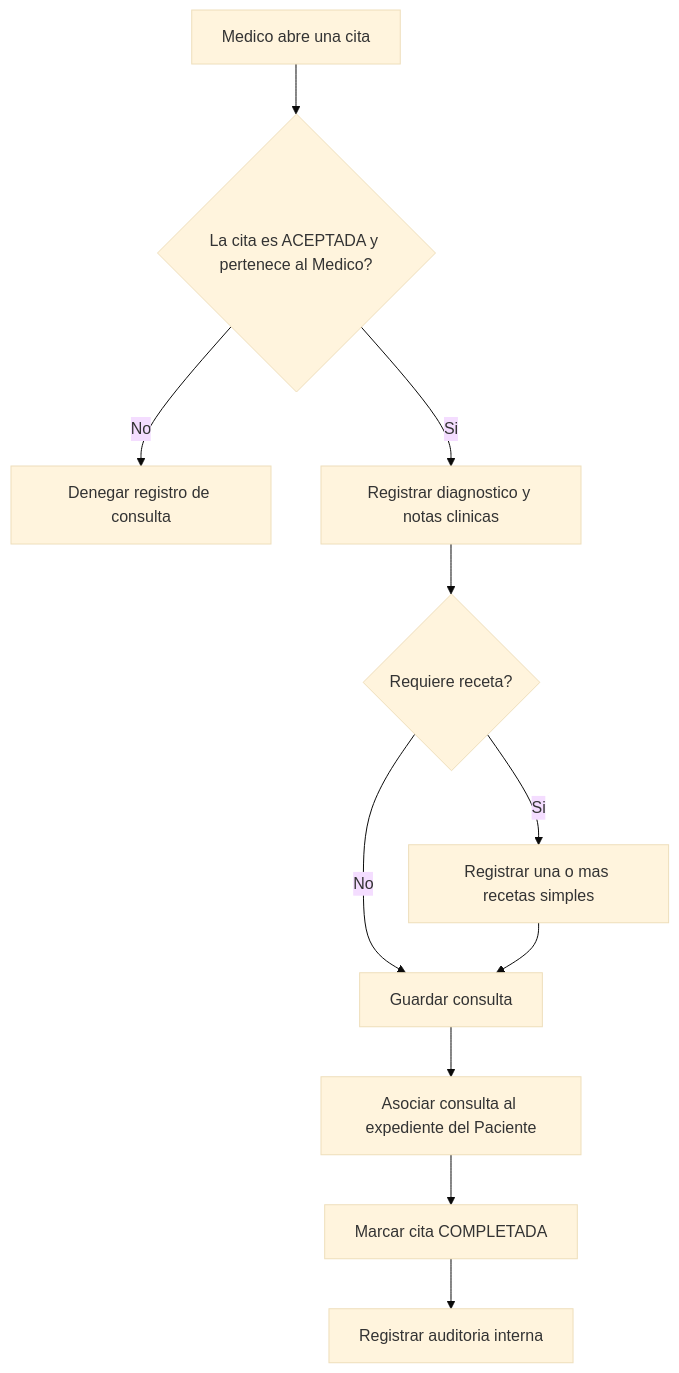
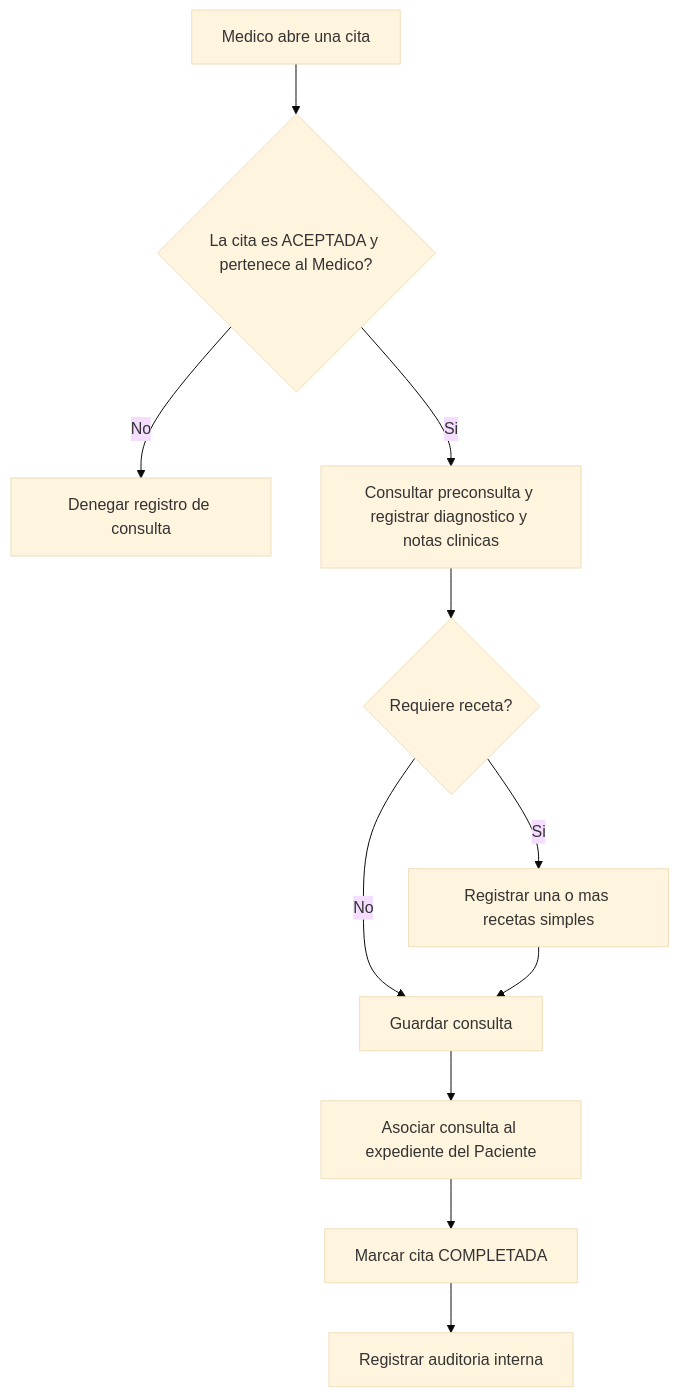
Before and after one commit to ivaaa546/clinica-inteligente: the second of 2 diagrams in docs/02-diseno/004-diagrama-actividades.md, drawn with Mermaid (base theme). The commit also changed other lines of this file and 11 other files, not shown here.

````diff
--- a/docs/02-diseno/004-diagrama-actividades.md
+++ b/docs/02-diseno/004-diagrama-actividades.md
@@ -28,13 +29,13 @@
 ```mermaid
 flowchart TD
     A[Medico abre una cita] --> B{La cita es ACEPTADA y pertenece al Medico?}
     B -- No --> C[Denegar registro de consulta]
-    B -- Si --> D[Registrar diagnostico y notas clinicas]
+    B -- Si --> D[Consultar preconsulta y registrar diagnostico y notas clinicas]
     D --> E{Requiere receta?}
     E -- Si --> F[Registrar una o mas recetas simples]
     E -- No --> G[Guardar consulta]
     F --> G
     G --> H[Asociar consulta al expediente del Paciente]
     H --> I[Marcar cita COMPLETADA]
     I --> J[Registrar auditoria interna]
 ```
````
